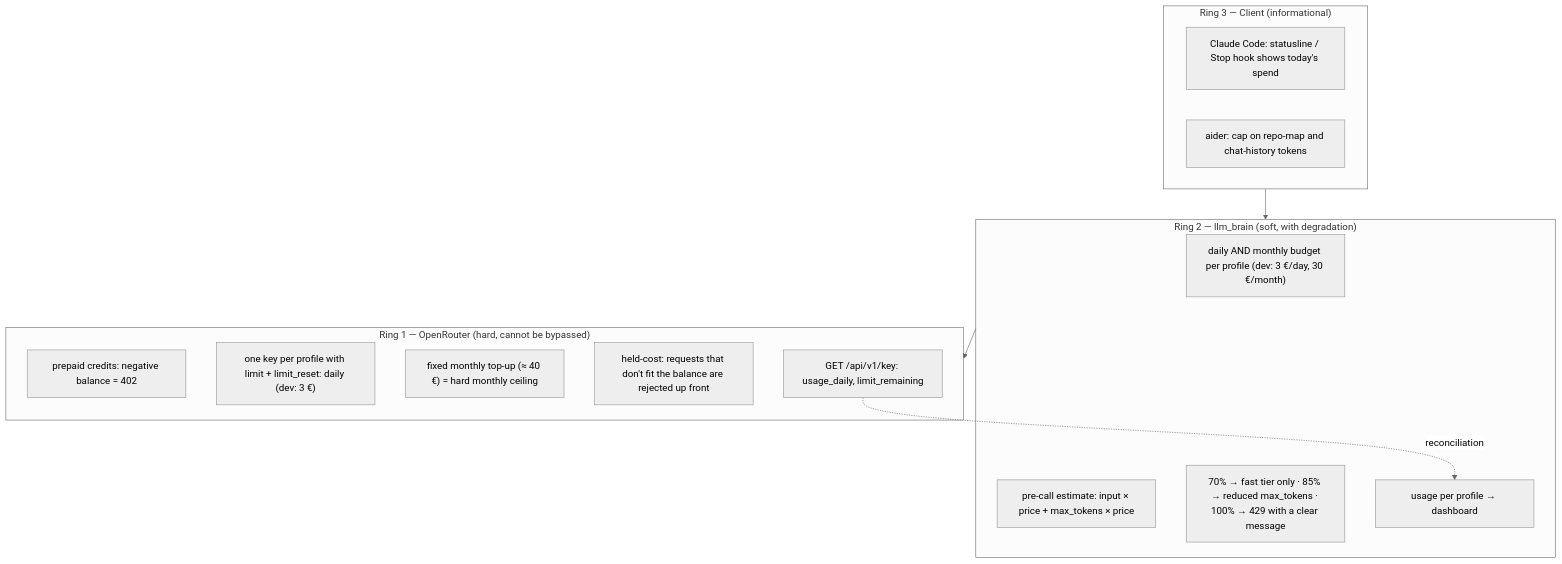
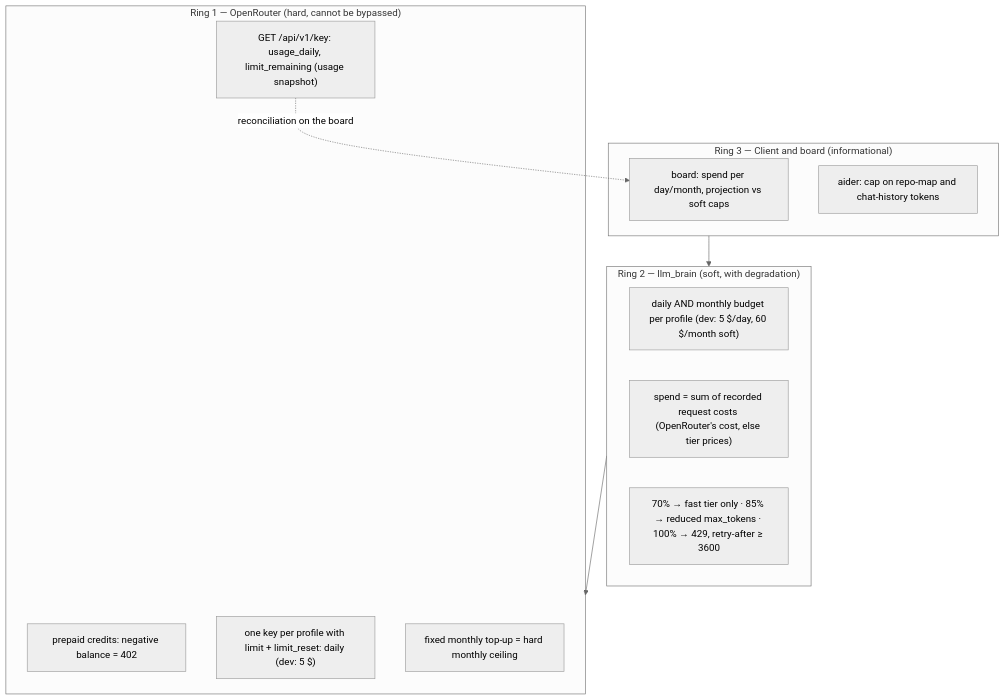
One commit to pjcau/llm_brain changed the diagram in diagrams/06-budget-rings.mmd. Above: the diagram before and after it, drawn with Mermaid (neutral theme). The commit also changed 42 other files, not shown here.

```diff
--- a/diagrams/06-budget-rings.mmd
+++ b/diagrams/06-budget-rings.mmd
@@ -1,20 +1,18 @@
 flowchart TB
-    subgraph R3["Ring 3 — Client (informational)"]
-        C1["Claude Code: statusline / Stop hook shows today's spend"]
+    subgraph R3["Ring 3 — Client and board (informational)"]
+        C1["board: spend per day/month, projection vs soft caps"]
         C2["aider: cap on repo-map and chat-history tokens"]
     end
     subgraph R2["Ring 2 — llm_brain (soft, with degradation)"]
-        B1["daily AND monthly budget per profile (dev: 3 €/day, 30 €/month)"]
-        B2["pre-call estimate: input × price + max_tokens × price"]
-        B3["70% → fast tier only · 85% → reduced max_tokens · 100% → 429 with a clear message"]
-        B4["usage per profile → dashboard"]
+        B1["daily AND monthly budget per profile (dev: 5 $/day, 60 $/month soft)"]
+        B2["spend = sum of recorded request costs (OpenRouter's cost, else tier prices)"]
+        B3["70% → fast tier only · 85% → reduced max_tokens · 100% → 429, retry-after ≥ 3600"]
     end
     subgraph R1["Ring 1 — OpenRouter (hard, cannot be bypassed)"]
         O1["prepaid credits: negative balance = 402"]
-        O2["one key per profile with limit + limit_reset: daily (dev: 3 €)"]
-        O5["fixed monthly top-up (≈ 40 €) = hard monthly ceiling"]
-        O3["held-cost: requests that don't fit the balance are rejected up front"]
-        O4["GET /api/v1/key: usage_daily, limit_remaining"]
+        O2["one key per profile with limit + limit_reset: daily (dev: 5 $)"]
+        O5["fixed monthly top-up = hard monthly ceiling"]
+        O4["GET /api/v1/key: usage_daily, limit_remaining (usage snapshot)"]
     end
     R3 --> R2 --> R1
-    O4 -. "reconciliation" .-> B4
+    O4 -. "reconciliation on the board" .-> C1
```
